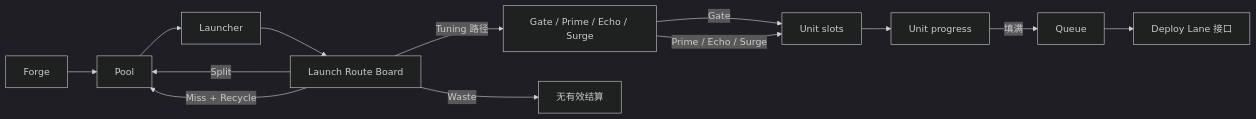
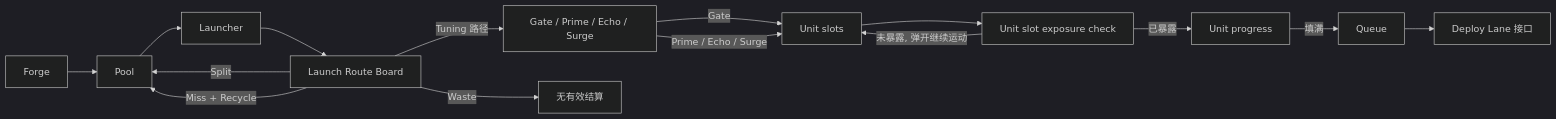
Before and after one commit to moxxxYc/planB: the diagram in docs/machine-warehouses.md, drawn with Mermaid (dark theme). The commit also changed other lines of this file and 10 other files, not shown here.

````diff
--- a/docs/machine-warehouses.md
+++ b/docs/machine-warehouses.md
@@ -21,15 +21,17 @@
 ```mermaid
 flowchart LR
   A["Forge"] --> B["Pool"]
   B --> C["Launcher"]
   C --> D["Launch Route Board"]
   D -->|"Tuning 路径"| E["Gate / Prime / Echo / Surge"]
   D -->|"Split"| B
   D -->|"Miss + Recycle"| B
   D -->|"Waste"| F["无有效结算"]
   E -->|"Gate"| G["Unit slots"]
   E -->|"Prime / Echo / Surge"| G
-  G --> H["Unit progress"]
-  H -->|"填满"| I["Queue"]
-  I --> J["Deploy Lane 接口"]
+  G --> H["Unit slot exposure check"]
+  H -->|"已暴露"| I["Unit progress"]
+  H -->|"未暴露, 弹开继续运动"| G
+  I -->|"填满"| J["Queue"]
+  J --> K["Deploy Lane 接口"]
 ```
````
